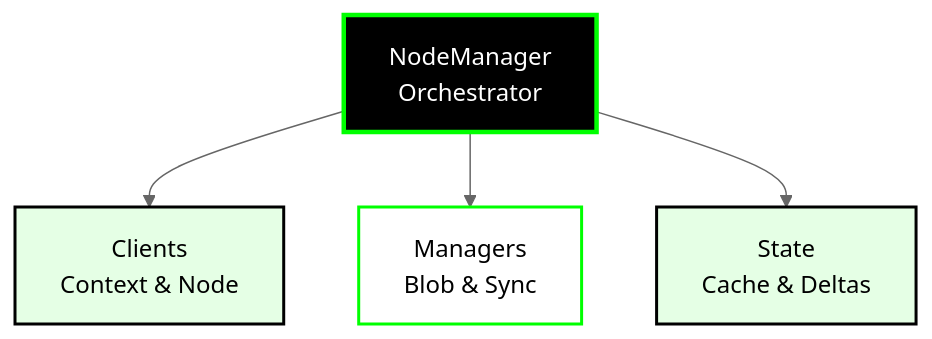
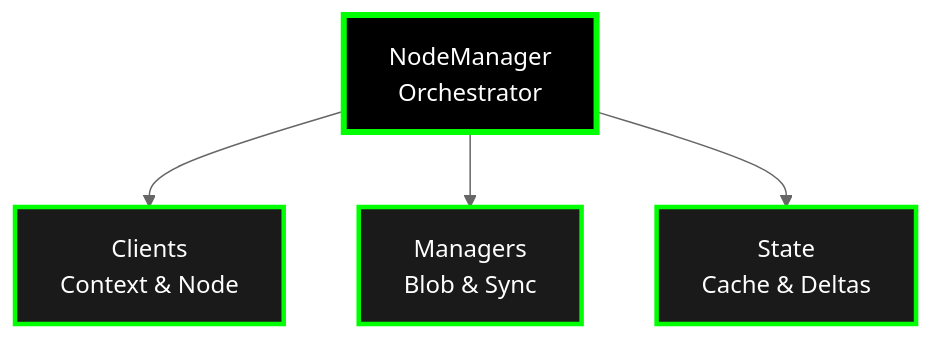
The diagram in docs/core-concepts/nodes.md (calimero-network/docs), drawn with Mermaid (neutral theme) before and after one commit. The commit also changed 5 other files, not shown here.

First line of the commit message:
fix: Update all remaining graphs to dark backgrounds with green borders

````diff
--- a/docs/core-concepts/nodes.md
+++ b/docs/core-concepts/nodes.md
@@ -36,11 +36,11 @@
 ```mermaid
 flowchart TD
     MGR[NodeManager<br/>Orchestrator] --> CLIENTS[Clients<br/>Context & Node]
     MGR --> MANAGERS[Managers<br/>Blob & Sync]
     MGR --> STATE[State<br/>Cache & Deltas]
     
-    style MGR fill:#000000,stroke:#00ff00,stroke-width:3px,color:#ffffff
-    style CLIENTS fill:#e5ffe5,stroke:#000000,stroke-width:2px
-    style MANAGERS fill:#ffffff,stroke:#00ff00,stroke-width:2px
-    style STATE fill:#e5ffe5,stroke:#000000,stroke-width:2px
+    style MGR fill:#000000,stroke:#00ff00,stroke-width:4px,color:#ffffff
+    style CLIENTS fill:#1a1a1a,stroke:#00ff00,stroke-width:3px,color:#ffffff
+    style MANAGERS fill:#1a1a1a,stroke:#00ff00,stroke-width:3px,color:#ffffff
+    style STATE fill:#1a1a1a,stroke:#00ff00,stroke-width:3px,color:#ffffff
 ```
````
